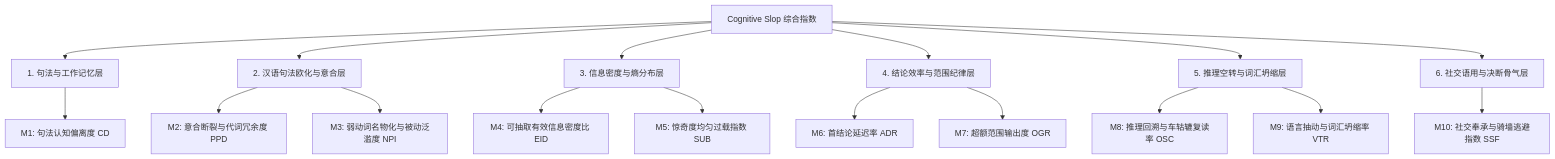
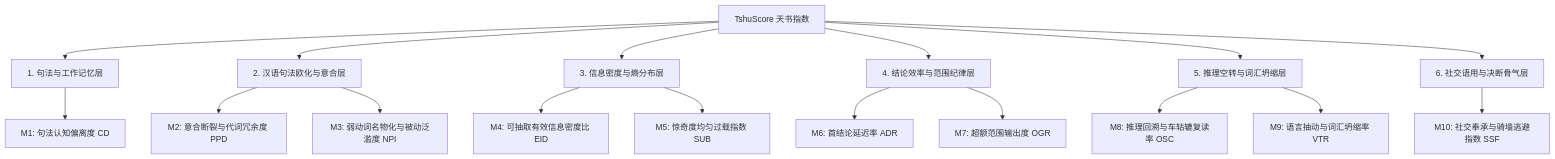
Before and after one commit to DBinK/TshuBench: the diagram in 大模型后训练过对齐与认知负荷Benchmark立项规范.md, drawn with Mermaid. The commit also changed other lines of this file and 19 other files, not shown here.

````diff
--- a/大模型后训练过对齐与认知负荷Benchmark立项规范.md
+++ b/大模型后训练过对齐与认知负荷Benchmark立项规范.md
@@ -46,20 +46,20 @@
 ```mermaid
 graph TD
-    Root["Cognitive Slop 综合指数"] --> L1["1. 句法与工作记忆层"]
+    Root["TshuScore 天书指数"] --> L1["1. 句法与工作记忆层"]
     Root --> L2["2. 汉语句法欧化与意合层"]
     Root --> L3["3. 信息密度与熵分布层"]
     Root --> L4["4. 结论效率与范围纪律层"]
     Root --> L5["5. 推理空转与词汇坍缩层"]
     Root --> L6["6. 社交语用与决断骨气层"]
 
     L1 --> M1["M1: 句法认知偏离度 CD"]
     L2 --> M2["M2: 意合断裂与代词冗余度 PPD"]
     L2 --> M3["M3: 弱动词名物化与被动泛滥度 NPI"]
     L3 --> M4["M4: 可抽取有效信息密度比 EID"]
     L3 --> M5["M5: 惊奇度均匀过载指数 SUB"]
     L4 --> M6["M6: 首结论延迟率 ADR"]
     L4 --> M7["M7: 超额范围输出度 OGR"]
     L5 --> M8["M8: 推理回溯与车轱辘复读率 OSC"]
     L5 --> M9["M9: 语言抽动与词汇坍缩率 VTR"]
     L6 --> M10["M10: 社交奉承与骑墙逃避指数 SSF"]
 ```
````
